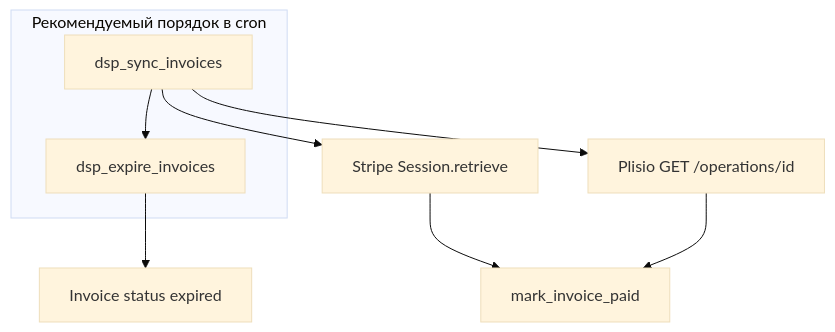
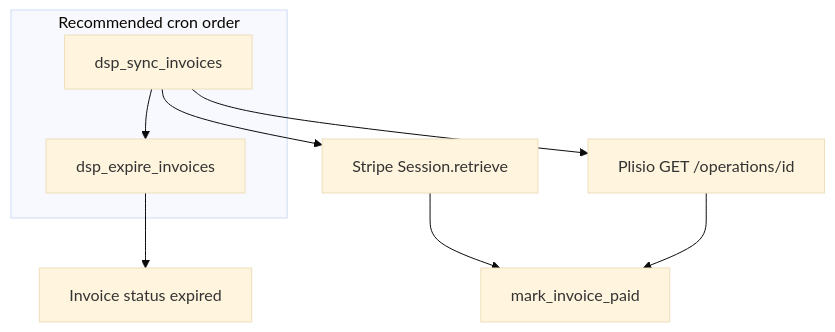
The third of 3 diagrams in README.md (svalench/django-stripe-plisio), drawn with Mermaid (base theme) before and after one commit. The commit also changed other lines of this file and 2 other files, not shown here.

````diff
--- a/README.md
+++ b/README.md
@@ -544,11 +544,11 @@
 ```mermaid
 flowchart TD
-    subgraph cronFlow [Рекомендуемый порядок в cron]
+    subgraph cronFlow [Recommended cron order]
         S[dsp_sync_invoices] --> E[dsp_expire_invoices]
     end
     S --> StripeAPI[Stripe Session.retrieve]
     S --> PlisioAPI[Plisio GET /operations/id]
     StripeAPI --> Paid[mark_invoice_paid]
     PlisioAPI --> Paid
     E --> Expired[Invoice status expired]
 ```
````
